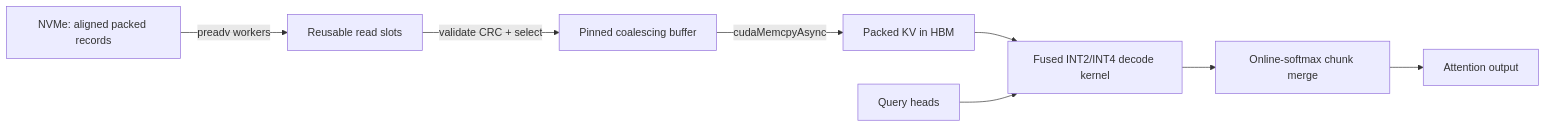
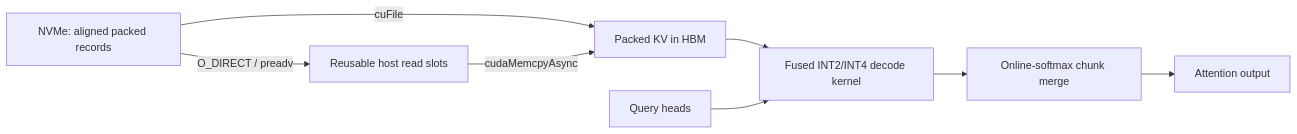
The diagram in README.md (manishklach/kvssd-attention), drawn with Mermaid before and after one commit. The commit also changed other lines of this file and 48 other files, not shown here.

````diff
--- a/README.md
+++ b/README.md
@@ -108,10 +130,10 @@
 ```mermaid
 flowchart LR
-    S["NVMe: aligned packed records"] -->|"preadv workers"| R["Reusable read slots"]
-    R -->|"validate CRC + select"| P["Pinned coalescing buffer"]
-    P -->|"cudaMemcpyAsync"| G["Packed KV in HBM"]
+    S["NVMe: aligned packed records"] -->|"cuFile"| G["Packed KV in HBM"]
+    S -->|"O_DIRECT / preadv"| R["Reusable host read slots"]
+    R -->|"cudaMemcpyAsync"| G
     G --> K["Fused INT2/INT4 decode kernel"]
     Q["Query heads"] --> K
     K --> M["Online-softmax chunk merge"]
     M --> O["Attention output"]
 ```
````
